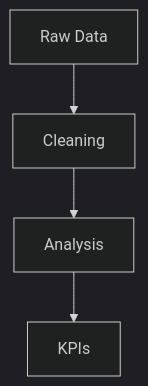
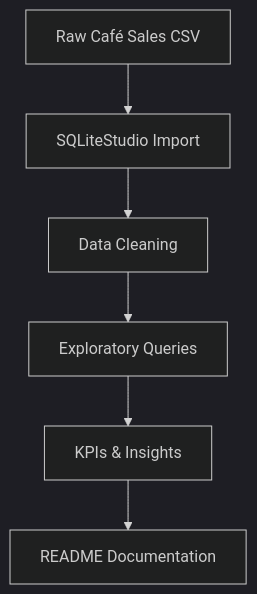
Before and after one commit to Michaelvidal305/SQL_CAFE_SALES: the diagram in README.md, drawn with Mermaid (dark theme).

````diff
--- a/README.md
+++ b/README.md
@@ -96,6 +88,8 @@
 ```mermaid
 flowchart TD
-    A[Raw Data] --> B[Cleaning]
-    B --> C[Analysis]
-    C --> D[KPIs]
+    A[Raw Café Sales CSV] --> B[SQLiteStudio Import]
+    B --> C[Data Cleaning]
+    C --> D[Exploratory Queries]
+    D --> E[KPIs & Insights]
+    E --> F[README Documentation]
 ```
````
